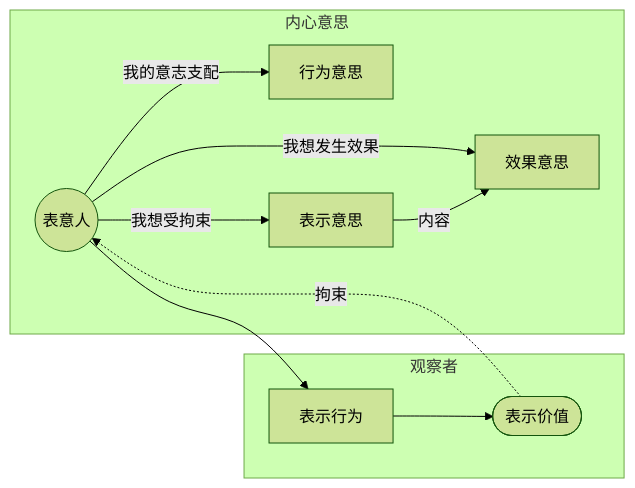
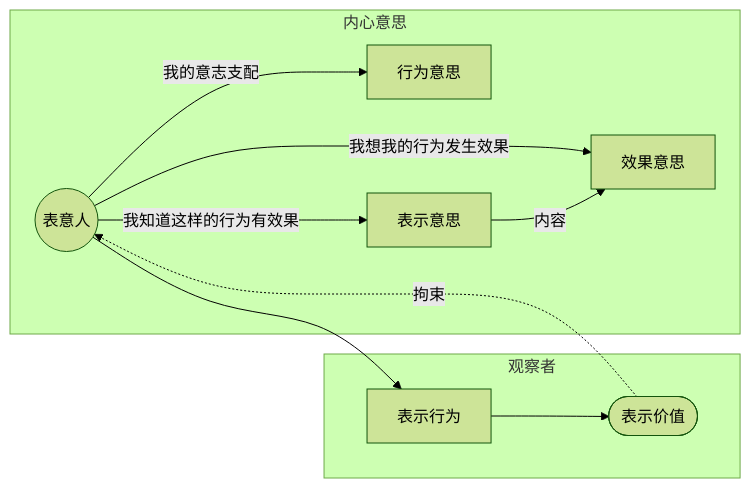
The fourth of 5 diagrams in content/法学/民商法/民法/民总/IV 法律行为/1. 法律行为的成立.md (chilly-chilli/ChillyChilli), drawn with Mermaid (forest theme) before and after one commit. The commit also changed other lines of this file and 9 other files, not shown here.

````diff
--- a/content/法学/民商法/民法/民总/IV 法律行为/1. 法律行为的成立.md
+++ b/content/法学/民商法/民法/民总/IV 法律行为/1. 法律行为的成立.md
@@ -125,19 +125,19 @@
 ```mermaid
 graph LR
 	subgraph 内心意思
 	O((表意人))
 	O--我的意志支配-->I
 	I[行为意思]
 	B[表示意思]
 	X[效果意思]
-	O--我想受拘束-->B
-	O--我想发生效果-->X
+	O--我知道这样的行为有效果-->B
+	O--我想我的行为发生效果-->X
 	B--内容-->X
 	end
 	
 	subgraph 观察者
 	O-->E
 	E[表示行为]-->V([表示价值])
 	V-.拘束.->O
 	end
 ```
````
